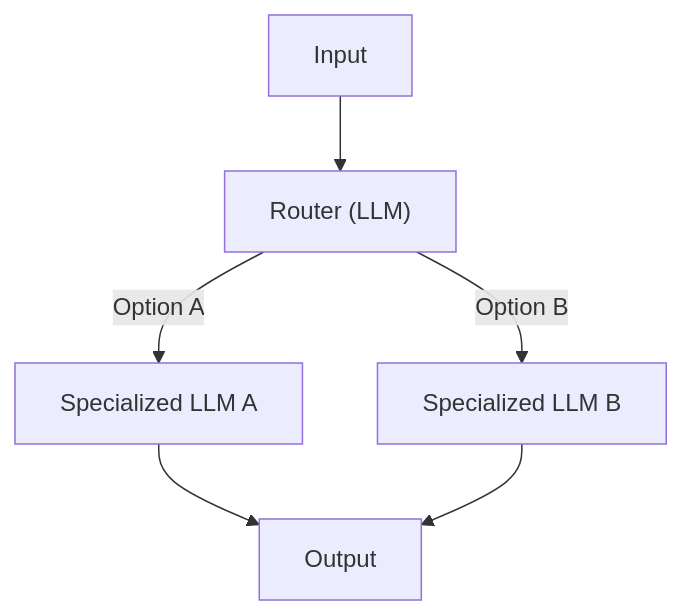
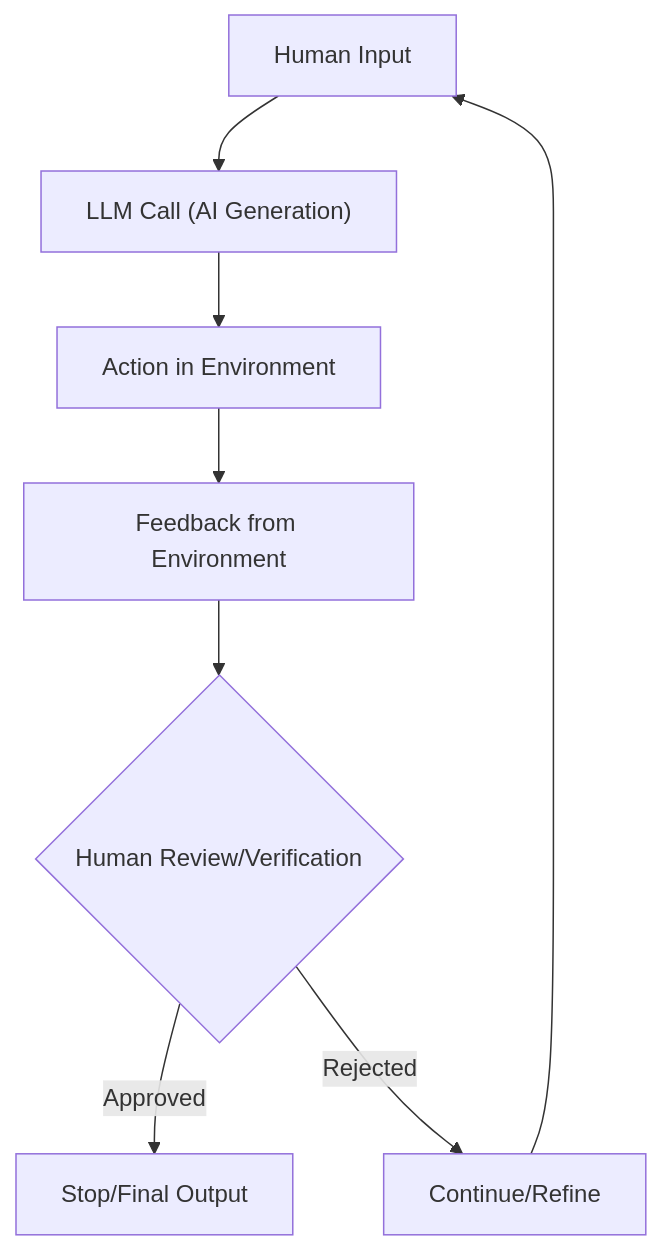
Before and after one commit to iusztinpaul/agentic-ai-engineering-course-data: the third of 3 diagrams in data/inputs/tests/01_sample_small/article.md, drawn with Mermaid. The commit also changed other lines of this file and 3 other files, not shown here.

````diff
--- a/data/inputs/tests/01_sample_small/article.md
+++ b/data/inputs/tests/01_sample_small/article.md
@@ -90,8 +61,10 @@
 ```mermaid
 graph TD
-    A["Input"] --> B["Router (LLM)"]
-    B -->|"Option A"| C["Specialized LLM A"]
-    B -->|"Option B"| D["Specialized LLM B"]
-    C --> E["Output"]
-    D --> E
+    A["Human Input"] --> B["LLM Call (AI Generation)"]
+    B --> C["Action in Environment"]
+    C --> D["Feedback from Environment"]
+    D --> E{"Human Review/Verification"}
+    E -->|"Approved"| G["Stop/Final Output"]
+    E -->|"Rejected"| F["Continue/Refine"]
+    F --> A
 ```
````
